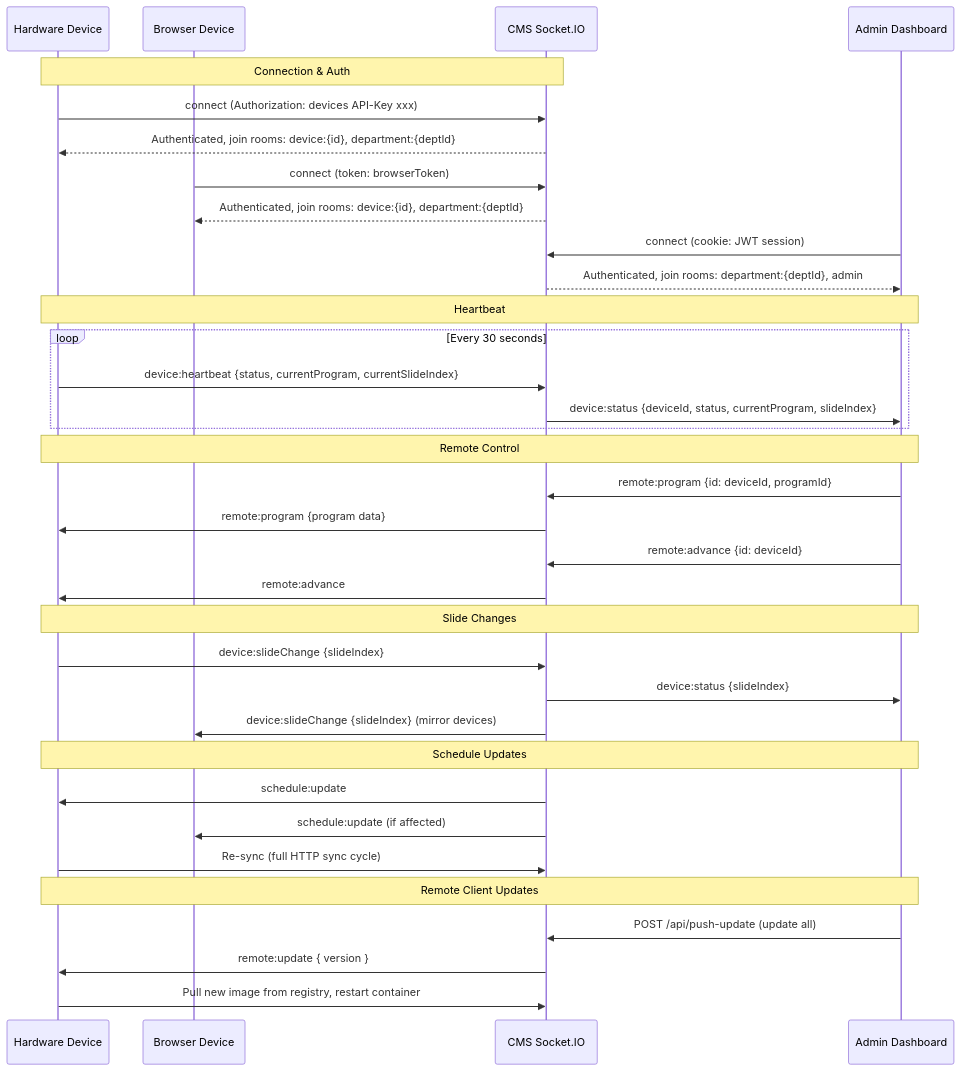
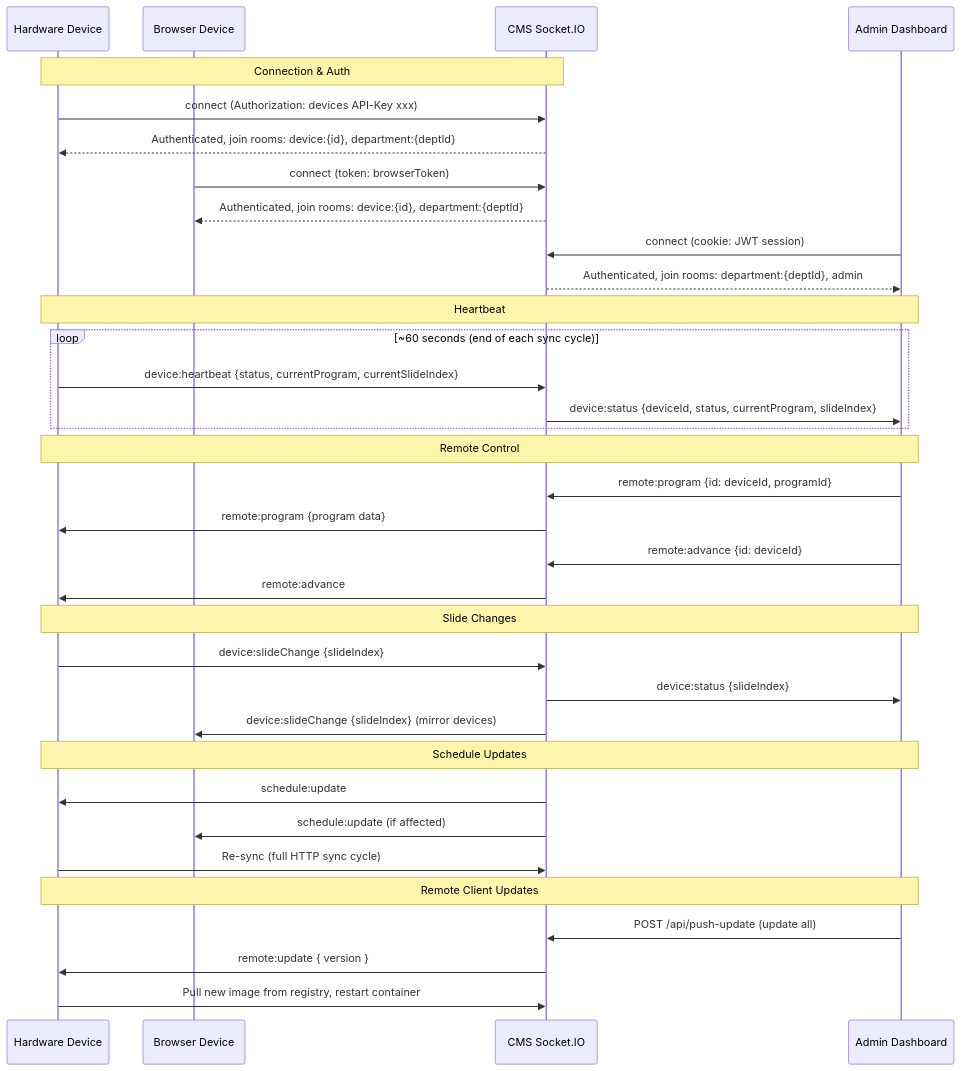
One commit to wrodie/peydx changed the third of 9 diagrams in guides/ARCHITECTURE.md. Above: the diagram before and after it, drawn with Mermaid. The commit also changed other lines of this file and 5 other files, not shown here.

````diff
--- a/guides/ARCHITECTURE.md
+++ b/guides/ARCHITECTURE.md
@@ -136,44 +136,44 @@
 ```mermaid
 sequenceDiagram
     participant DEV as Hardware Device
     participant BR as Browser Device
     participant CMS as CMS Socket.IO
     participant ADM as Admin Dashboard
 
     Note over DEV,CMS: Connection & Auth
     DEV->>CMS: connect (Authorization: devices API-Key xxx)
     CMS-->>DEV: Authenticated, join rooms: device:{id}, department:{deptId}
 
     BR->>CMS: connect (token: browserToken)
     CMS-->>BR: Authenticated, join rooms: device:{id}, department:{deptId}
 
     ADM->>CMS: connect (cookie: JWT session)
     CMS-->>ADM: Authenticated, join rooms: department:{deptId}, admin
 
     Note over DEV,ADM: Heartbeat
-    loop Every 30 seconds
+    loop ~60 seconds (end of each sync cycle)
         DEV->>CMS: device:heartbeat {status, currentProgram, currentSlideIndex}
         CMS->>ADM: device:status {deviceId, status, currentProgram, slideIndex}
     end
 
     Note over DEV,ADM: Remote Control
     ADM->>CMS: remote:program {id: deviceId, programId}
     CMS->>DEV: remote:program {program data}
     ADM->>CMS: remote:advance {id: deviceId}
     CMS->>DEV: remote:advance
 
     Note over DEV,ADM: Slide Changes
     DEV->>CMS: device:slideChange {slideIndex}
     CMS->>ADM: device:status {slideIndex}
     CMS->>BR: device:slideChange {slideIndex} (mirror devices)
 
     Note over DEV,ADM: Schedule Updates
     CMS->>DEV: schedule:update
     CMS->>BR: schedule:update (if affected)
     DEV->>CMS: Re-sync (full HTTP sync cycle)
 
     Note over DEV,ADM: Remote Client Updates
     ADM->>CMS: POST /api/push-update (update all)
     CMS->>DEV: remote:update { version }
     DEV->>CMS: Pull new image from registry, restart container
 ```
````
